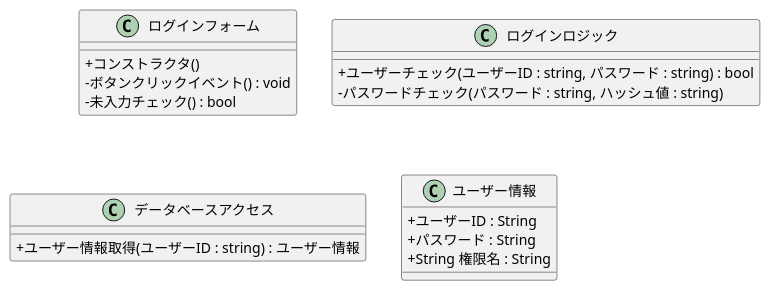
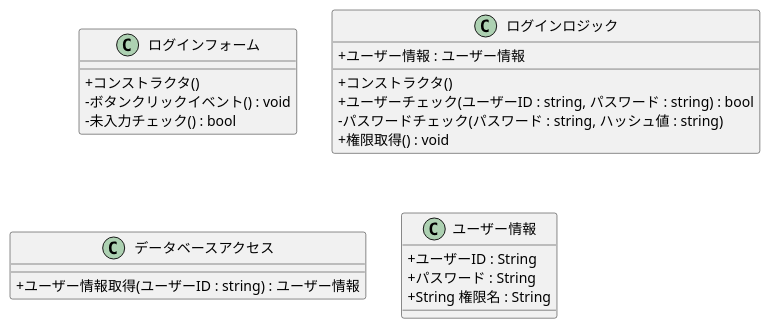
The diagram in クラス図/ログイン.pu (R-SAIKI/practiceUML), drawn with PlantUML before and after one commit. The commit also changed 7 other files, not shown here.

```diff
--- a/クラス図/ログイン.pu
+++ b/クラス図/ログイン.pu
@@ -1,23 +1,26 @@
 @startuml
 skinparam classAttributeIconSize 0
 class ログインフォーム {
   + コンストラクタ()
   - ボタンクリックイベント() : void
   - 未入力チェック() : bool
 }
 
 class ログインロジック {
+   + ユーザー情報 : ユーザー情報
+   + コンストラクタ()
    + ユーザーチェック(ユーザーID : string, パスワード : string) : bool
    - パスワードチェック(パスワード : string, ハッシュ値 : string)
+   + 権限取得() : void
 }
 
 class データベースアクセス {
    + ユーザー情報取得(ユーザーID : string) : ユーザー情報
 }
 
 class ユーザー情報 {
    + ユーザーID : String
    + パスワード : String
    + String 権限名 : String
 }
 @enduml
```
